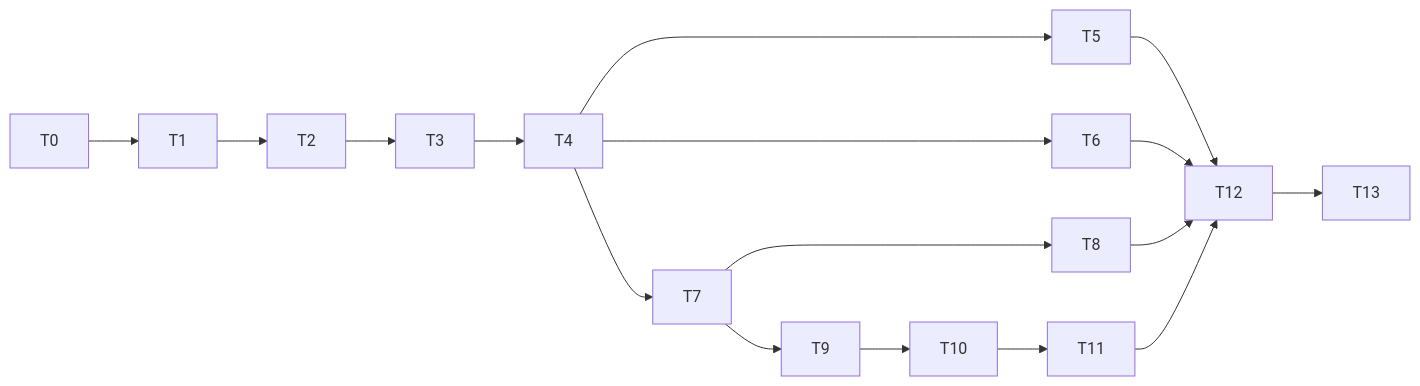
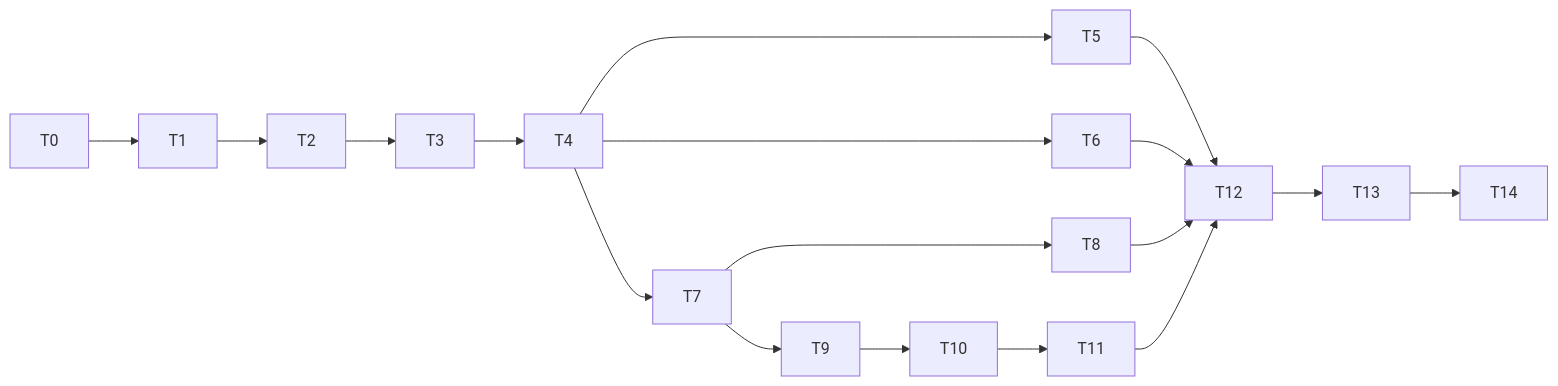
Before and after one commit to nurdinrhk-design/PROGRAMWEB_2: the fifth of 6 diagrams in docs/perencanaan.md, drawn with Mermaid. The commit also changed other lines of this file and 2 other files, not shown here.

````diff
--- a/docs/perencanaan.md
+++ b/docs/perencanaan.md
@@ -673,8 +679,8 @@
 ```mermaid
 flowchart LR
     T0 --> T1 --> T2 --> T3 --> T4
     T4 --> T5 & T6 & T7
     T7 --> T8 & T9
     T9 --> T10 --> T11
-    T5 & T6 & T8 & T11 --> T12 --> T13
+    T5 & T6 & T8 & T11 --> T12 --> T13 --> T14
 ```
````
